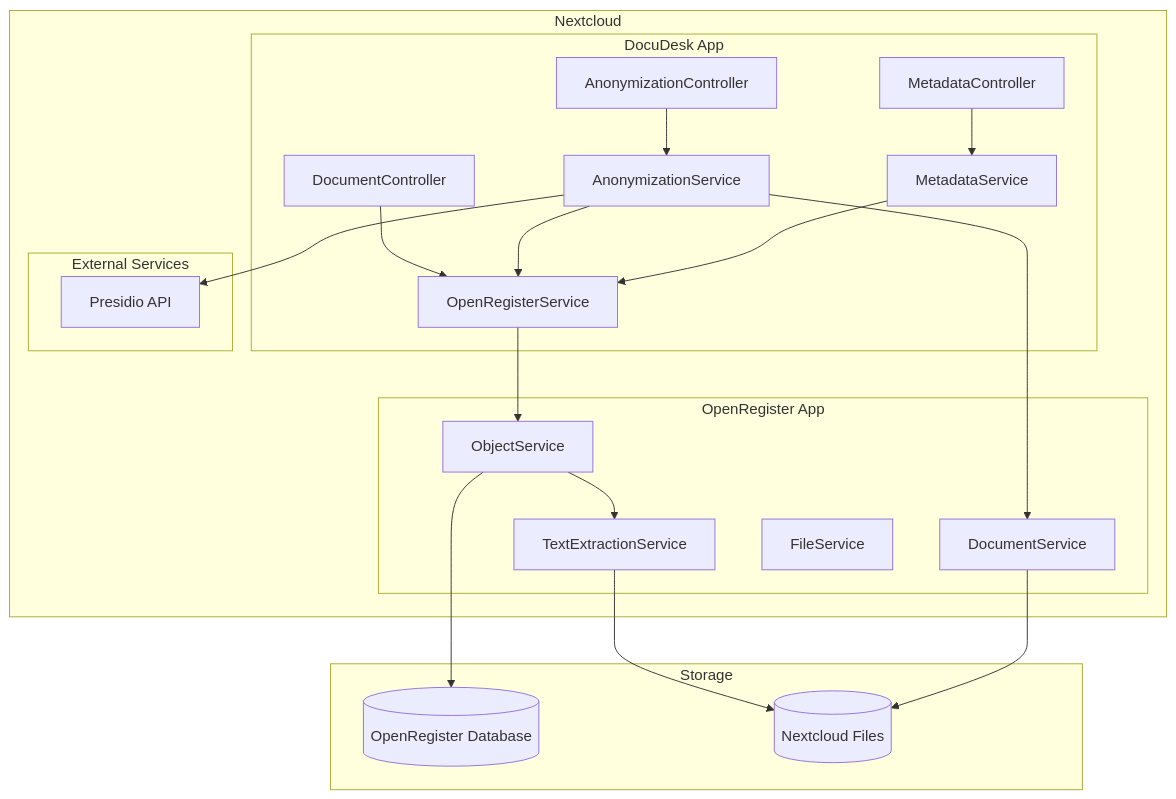
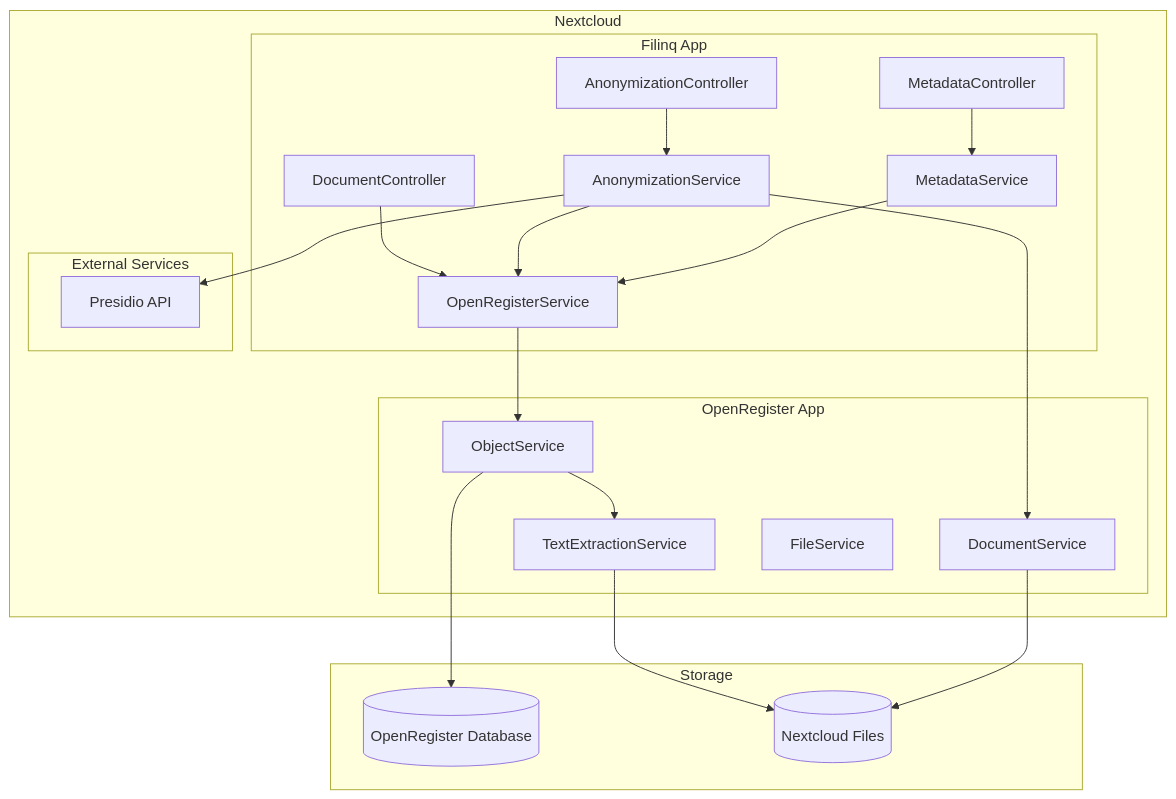
Before and after one commit to ConductionNL/filinq: the first of 3 diagrams in docs/architecture.md, drawn with Mermaid. The commit also changed other lines of this file and 1117 other files, not shown here.

First line of the commit message:
feat: rename the app from docudesk to filinq

````diff
--- a/docs/architecture.md
+++ b/docs/architecture.md
@@ -11,42 +11,42 @@
 ```mermaid
 graph TB
     subgraph "Nextcloud"
-        subgraph "DocuDesk App"
+        subgraph "Filinq App"
             AC[AnonymizationController]
             MC[MetadataController]
             DC[DocumentController]
             AS[AnonymizationService]
             MS[MetadataService]
             ORS[OpenRegisterService]
         end
         
         subgraph "OpenRegister App"
             OR[ObjectService]
             TS[TextExtractionService]
             DS[DocumentService]
             FS[FileService]
         end
         
         subgraph "External Services"
             Presidio[Presidio API]
         end
     end
     
     subgraph "Storage"
         ORDB[(OpenRegister Database)]
         Files[(Nextcloud Files)]
     end
     
     DC --> ORS
     AC --> AS
     MC --> MS
     ORS --> OR
     AS --> ORS
     AS --> DS
     AS --> Presidio
     MS --> ORS
     OR --> TS
     TS --> Files
     DS --> Files
     OR --> ORDB
 ```
````
